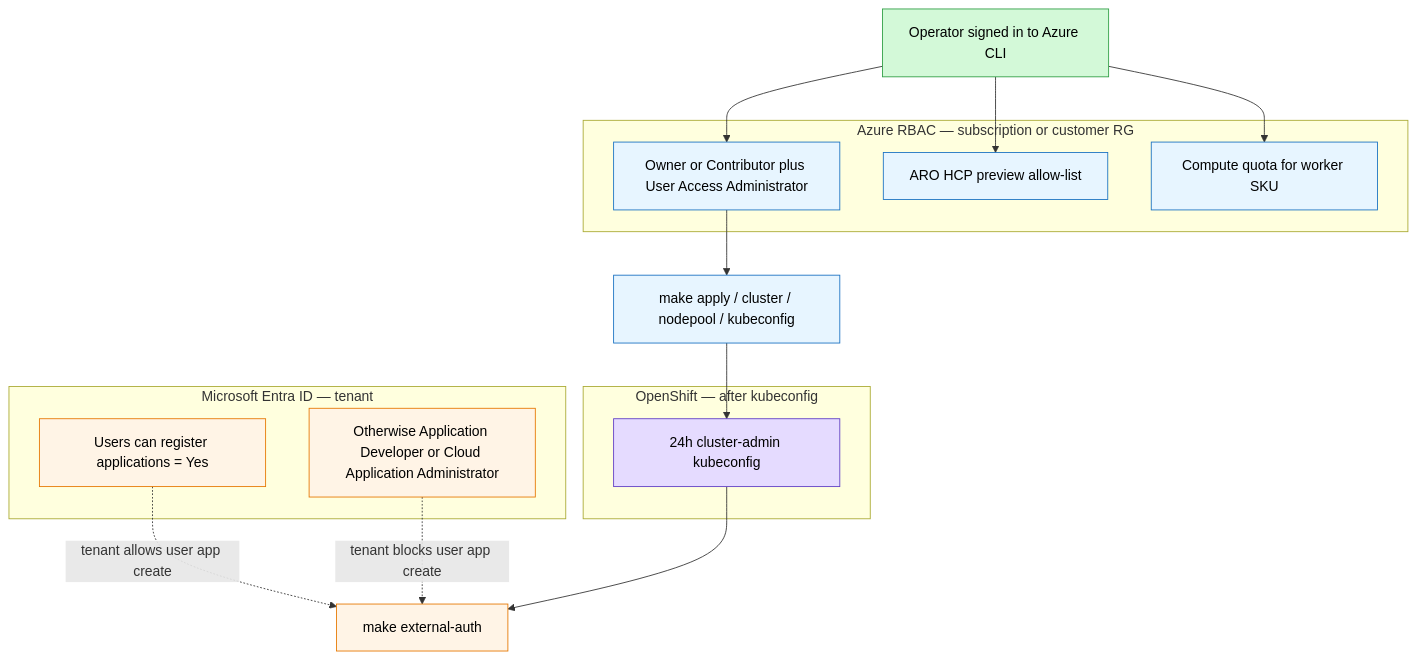
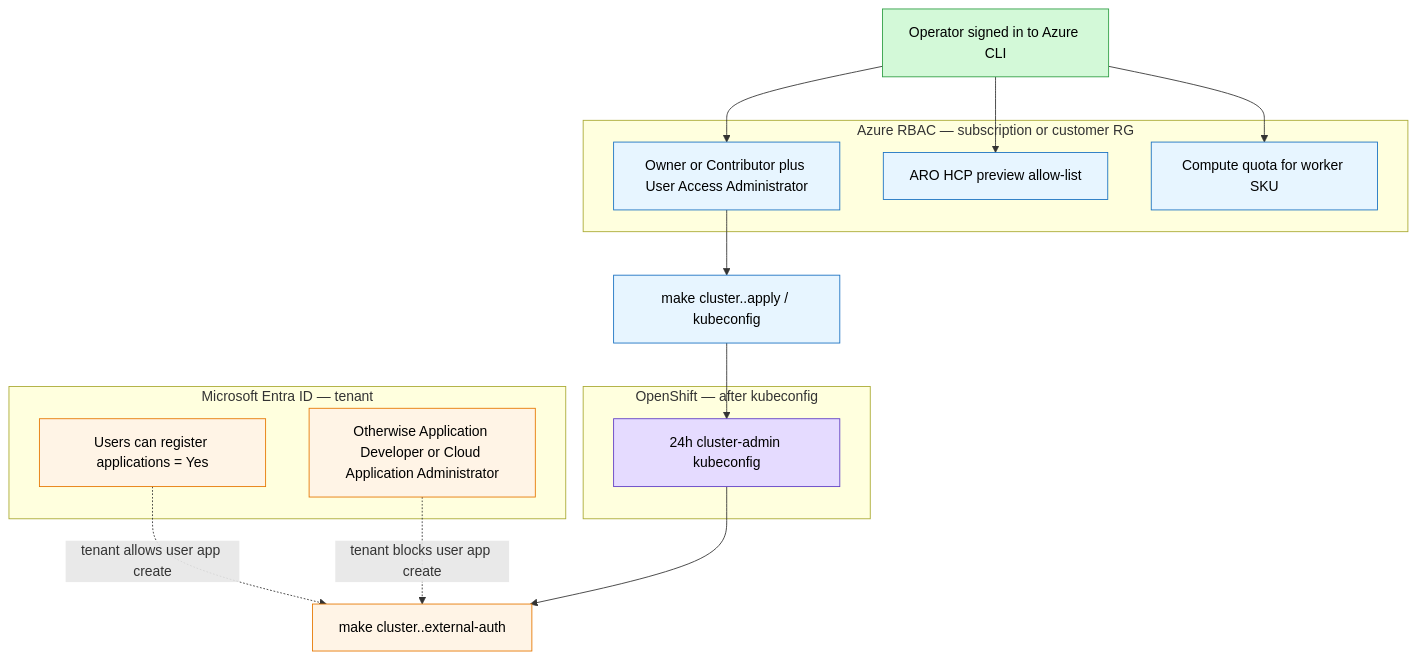
The third of 12 diagrams in docs/architecture.md (rh-mobb/aro-hcp), drawn with Mermaid before and after one commit. The commit also changed other lines of this file and 95 other files, not shown here.

First line of the commit message:
feat: modular terraform, per-cluster make targets, and operator docs

````diff
--- a/docs/architecture.md
+++ b/docs/architecture.md
@@ -123,37 +127,37 @@
 ```mermaid
 flowchart TB
     op["Operator signed in to Azure CLI"]
 
     subgraph azure["Azure RBAC — subscription or customer RG"]
         rbac["Owner or Contributor plus User Access Administrator"]
         preview["ARO HCP preview allow-list"]
         quota["Compute quota for worker SKU"]
     end
 
     subgraph entra["Microsoft Entra ID — tenant"]
         userApps["Users can register applications = Yes"]
         dirRole["Otherwise Application Developer or Cloud Application Administrator"]
     end
 
     subgraph ocp["OpenShift — after kubeconfig"]
         adminKube["24h cluster-admin kubeconfig"]
     end
 
     op --> rbac
     op --> preview
     op --> quota
-    rbac --> apply["make apply / cluster / nodepool / kubeconfig"]
-    userApps -.->|"tenant allows user app create"| ext["make external-auth"]
+    rbac --> apply["make cluster.<name>.apply / kubeconfig"]
+    userApps -.->|"tenant allows user app create"| ext["make cluster.<name>.external-auth"]
     dirRole -.->|"tenant blocks user app create"| ext
     apply --> adminKube
     adminKube --> ext
 
     classDef fillOp fill:#d3f9d8,stroke:#2f9e44,color:#000
     classDef fillAz fill:#e7f5ff,stroke:#1971c2,color:#000
     classDef fillEntra fill:#fff4e6,stroke:#e67700,color:#000
     classDef fillOcp fill:#e5dbff,stroke:#5f3dc4,color:#000
     class op fillOp
     class rbac,preview,quota,apply fillAz
     class userApps,dirRole,ext fillEntra
     class adminKube fillOcp
 ```
````
